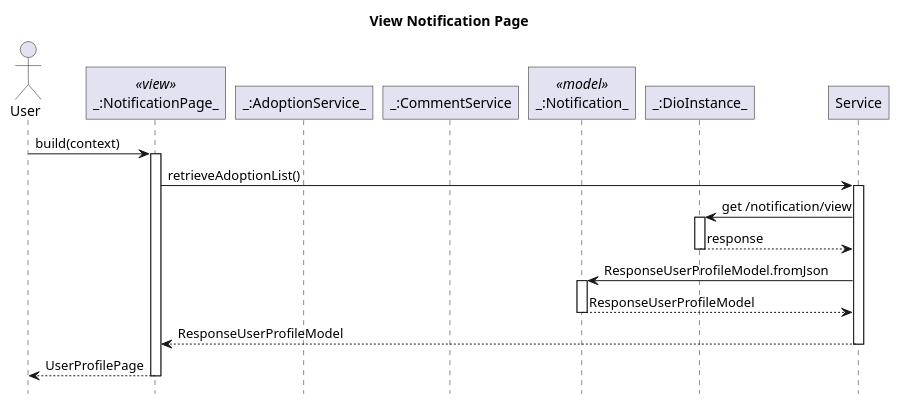
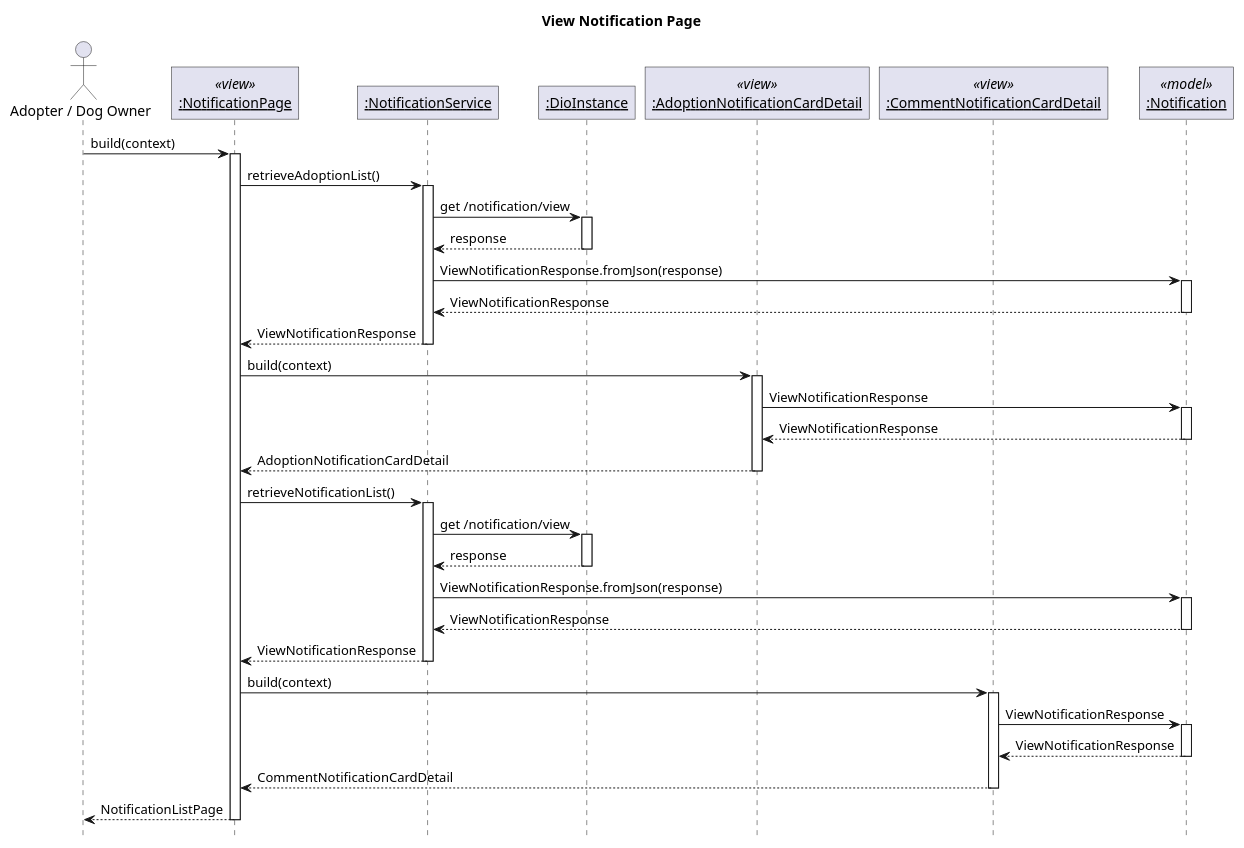
Before and after one commit to sharoncedila/FO_woofers: the diagram in lib/plantuml/notification/view notif.puml, drawn with PlantUML. The commit also changed 31 other files, not shown here.

Commit message:
push updated sequence plantuml

```diff
--- a/lib/plantuml/notification/view notif.puml
+++ b/lib/plantuml/notification/view notif.puml
@@ -1,29 +1,44 @@
 @startuml View Notification Page
 ' Global param
 title View Notification Page
 autoactivate on
 
 ' Global style configuration
 skinparam RoundCorner 0
 hide footbox
 
 ' Sequence participant configuration
-actor User
-participant "_:NotificationPage_" as Page <<view>>
-participant "_:AdoptionService_" as ServiceAdoption
-participant "_:CommentService" as ServiceComment
-participant "_:Notification_" as Model <<model>>
-participant "_:DioInstance_" as Dio
+actor "Adopter / Dog Owner" as User
+participant "__:NotificationPage__" as Page <<view>>
+participant "__:NotificationService__" as Service
+participant "__:DioInstance__" as Dio
+participant "__:AdoptionNotificationCardDetail__" as AdoptNotifCard <<view>>
+participant "__:CommentNotificationCardDetail__" as CommentNotifCard <<view>>
+participant "__:Notification__" as Model <<model>>
 
 ' Sequence diagram
 User -> Page: build(context)
 Page -> Service : retrieveAdoptionList()
 Service -> Dio : get /notification/view
 Service <-- Dio : response
-Service -> Model : ResponseUserProfileModel.fromJson
-Service <-- Model : ResponseUserProfileModel
-Page <-- Service : ResponseUserProfileModel
-User <-- Page: UserProfilePage
+Service -> Model : ViewNotificationResponse.fromJson(response)
+Service <-- Model : ViewNotificationResponse
+Page <-- Service : ViewNotificationResponse
+Page -> AdoptNotifCard: build(context)
+AdoptNotifCard -> Model: ViewNotificationResponse
+AdoptNotifCard <-- Model: ViewNotificationResponse
+Page <-- AdoptNotifCard: AdoptionNotificationCardDetail
+Page -> Service : retrieveNotificationList()
+Service -> Dio : get /notification/view
+Service <-- Dio : response
+Service -> Model : ViewNotificationResponse.fromJson(response)
+Service <-- Model : ViewNotificationResponse
+Page <-- Service :ViewNotificationResponse
+Page -> CommentNotifCard : build(context)
+CommentNotifCard -> Model : ViewNotificationResponse
+CommentNotifCard <-- Model : ViewNotificationResponse
+Page <-- CommentNotifCard : CommentNotificationCardDetail
+User <-- Page: NotificationListPage
 
 
 @enduml
```
